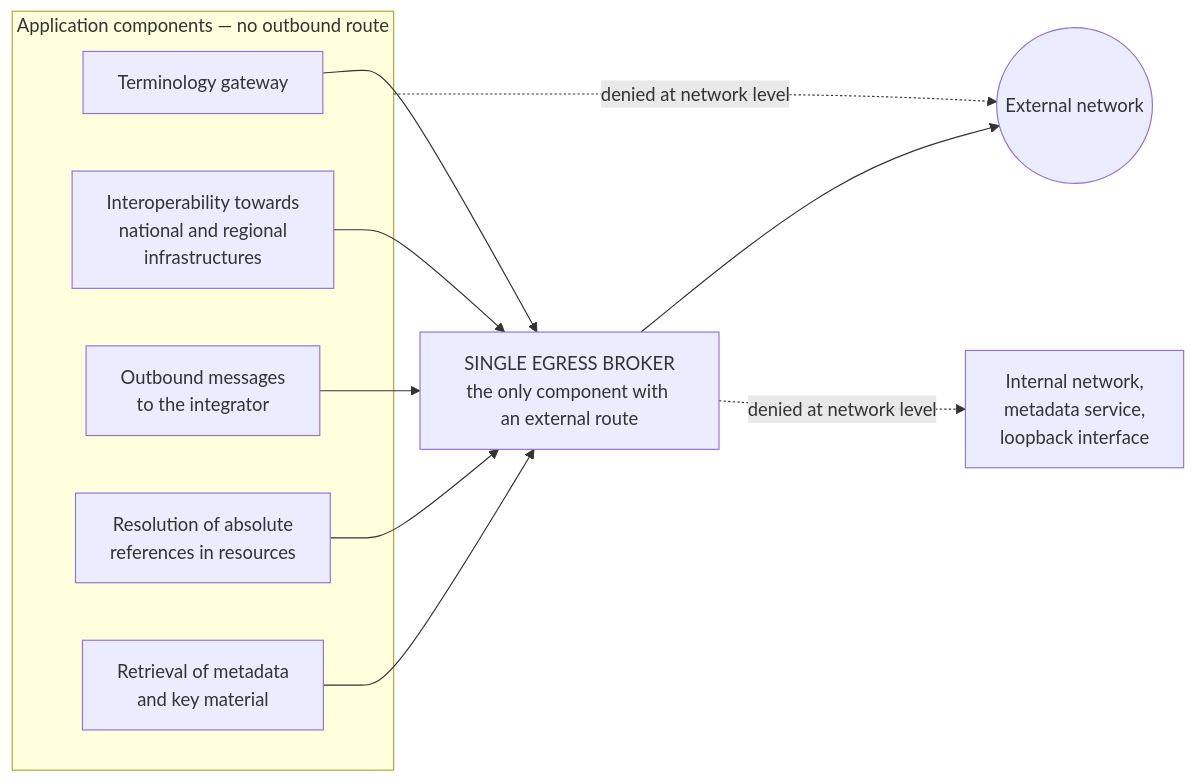
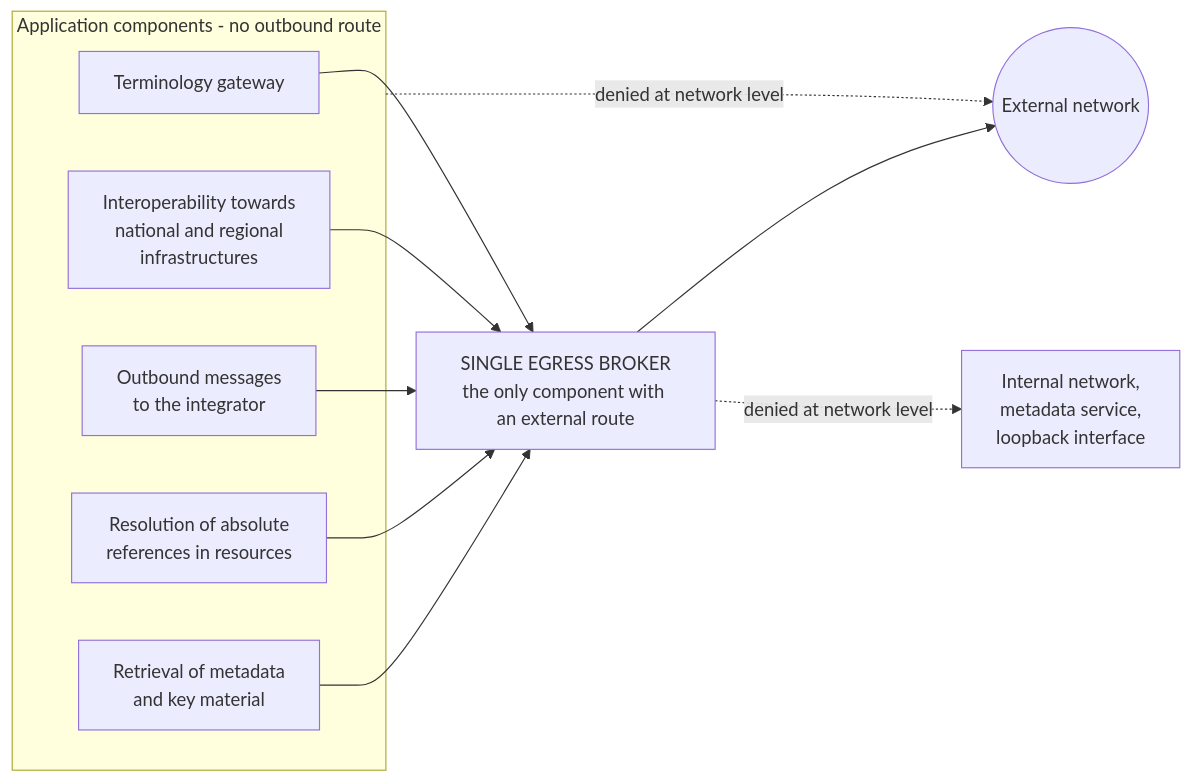
Before and after one commit to fedcal/Telemedic: the diagram in website/i18n/en/docusaurus-plugin-content-docs/current/06_security/06-sicurezza-applicativa.md, drawn with Mermaid. The commit also changed other lines of this file and 301 other files, not shown here.

````diff
--- a/website/i18n/en/docusaurus-plugin-content-docs/current/06_security/06-sicurezza-applicativa.md
+++ b/website/i18n/en/docusaurus-plugin-content-docs/current/06_security/06-sicurezza-applicativa.md
@@ -205,22 +205,22 @@
 ```mermaid
 flowchart LR
-    subgraph APP["Application components — no outbound route"]
+    subgraph APP["Application components - no outbound route"]
         A["Terminology gateway"]
         B["Interoperability towards<br/>national and regional<br/>infrastructures"]
         C["Outbound messages<br/>to the integrator"]
         D["Resolution of absolute<br/>references in resources"]
         E["Retrieval of metadata<br/>and key material"]
     end
     M["SINGLE EGRESS BROKER<br/>the only component with an external route"]
     NET(("External network"))
     X["Internal network,<br/>metadata service,<br/>loopback interface"]
 
     A --> M
     B --> M
     C --> M
     D --> M
     E --> M
     M --> NET
     M -.->|"denied at network level"| X
     APP -.->|"denied at network level"| NET
 ```
````
